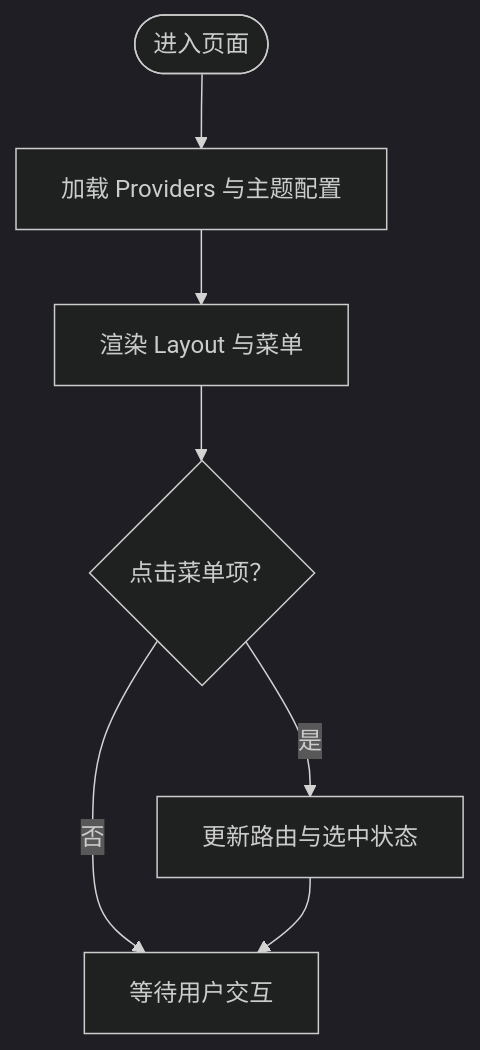
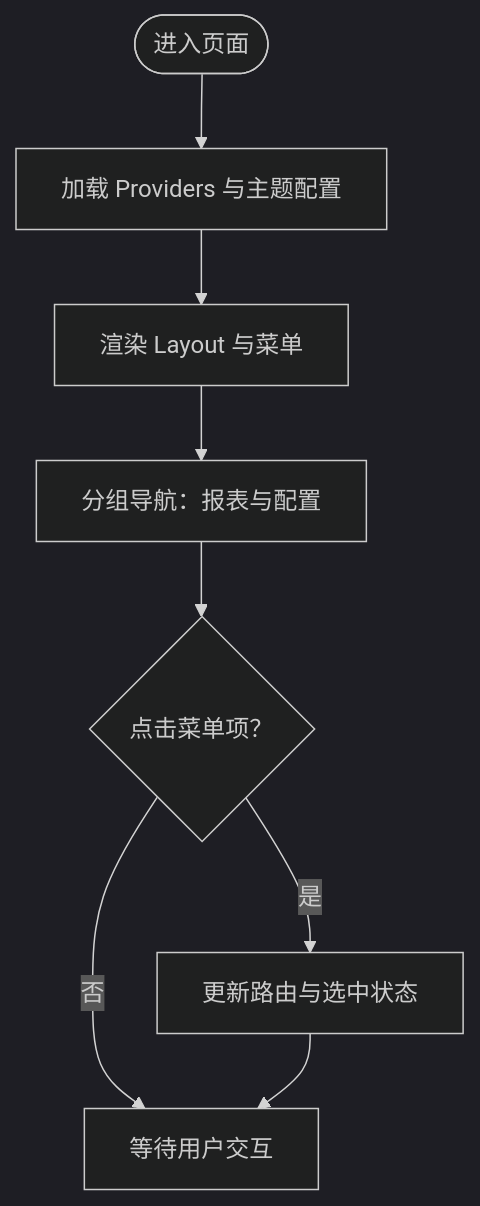
One commit to zhen-zhong/AeroLog changed the third of 9 diagrams in .qoder/repowiki/zh/content/Web控制台/Web控制台.md. Above: the diagram before and after it, drawn with Mermaid (dark theme). The commit also changed other lines of this file and 26 other files, not shown here.

````diff
--- a/.qoder/repowiki/zh/content/Web控制台/Web控制台.md
+++ b/.qoder/repowiki/zh/content/Web控制台/Web控制台.md
@@ -208,9 +248,10 @@
 ```mermaid
 flowchart TD
 Start(["进入页面"]) --> Load["加载 Providers 与主题配置"]
 Load --> Render["渲染 Layout 与菜单"]
-Render --> Select{"点击菜单项？"}
+Render --> Group["分组导航：报表与配置"]
+Group --> Select{"点击菜单项？"}
 Select --> |是| Navigate["更新路由与选中状态"]
 Select --> |否| Wait["等待用户交互"]
 Navigate --> Wait
 ```
````
